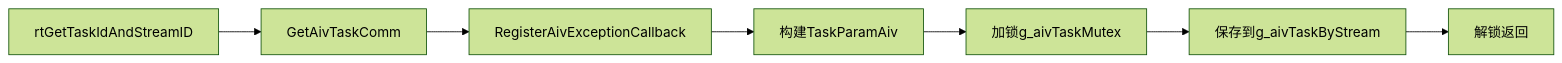
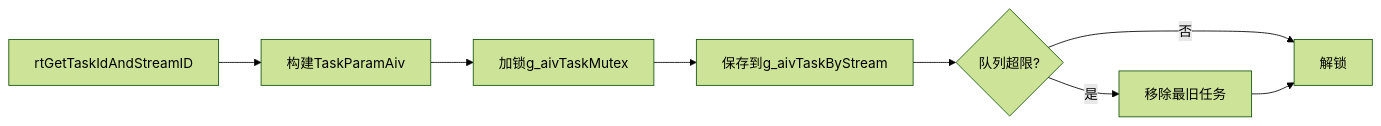
The fourth of 8 diagrams in docs/AIV_Task_Exception_Handler_Design.md (libochao-huawei/HCCL), drawn with Mermaid (forest theme) before and after one commit. The commit also changed other lines of this file and 6 other files, not shown here.

````diff
--- a/docs/AIV_Task_Exception_Handler_Design.md
+++ b/docs/AIV_Task_Exception_Handler_Design.md
@@ -153,9 +152,10 @@
 ```mermaid
 flowchart LR
-    A[rtGetTaskIdAndStreamID] --> B[GetAivTaskComm]
-    B --> C[RegisterAivExceptionCallback]
-    C --> D[构建TaskParamAiv]
-    D --> E[加锁g_aivTaskMutex]
-    E --> F[保存到g_aivTaskByStream]
-    F --> G[解锁返回]
+    A[rtGetTaskIdAndStreamID] --> B[构建TaskParamAiv]
+    B --> C[加锁g_aivTaskMutex]
+    C --> D[保存到g_aivTaskByStream]
+    D --> E{队列超限?}
+    E -->|是| F[移除最旧任务]
+    E -->|否| G[解锁]
+    F --> G
 ```
````
